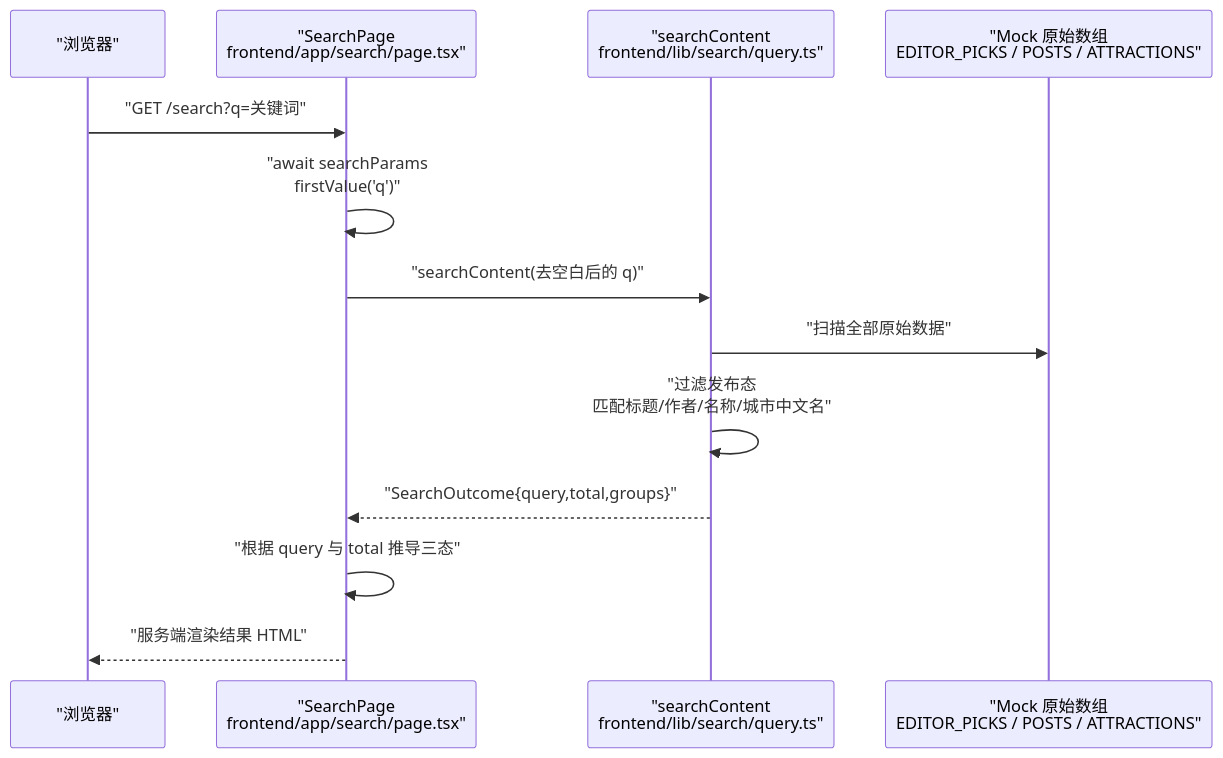
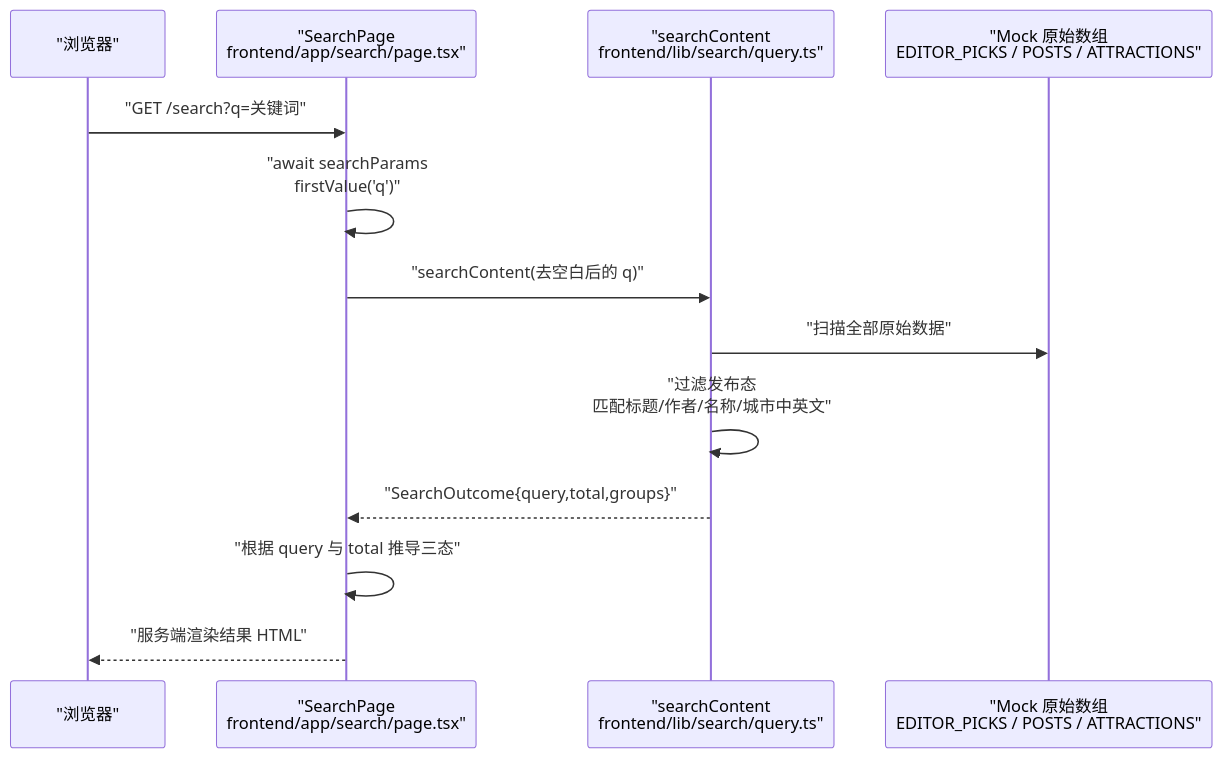
The second of 7 diagrams in .qoder/repowiki/zh/content/规格驱动开发/WanderChain 首页规格文档/WanderChain 搜索页面规格.md (luyitiger6/my-first-project), drawn with Mermaid before and after one commit. The commit also changed other lines of this file and 33 other files, not shown here.

````diff
--- a/.qoder/repowiki/zh/content/规格驱动开发/WanderChain 首页规格文档/WanderChain 搜索页面规格.md
+++ b/.qoder/repowiki/zh/content/规格驱动开发/WanderChain 首页规格文档/WanderChain 搜索页面规格.md
@@ -85,15 +92,15 @@
 ```mermaid
 sequenceDiagram
 participant Browser as "浏览器"
 participant Page as "SearchPage<br/>frontend/app/search/page.tsx"
 participant Query as "searchContent<br/>frontend/lib/search/query.ts"
 participant Data as "Mock 原始数组<br/>EDITOR_PICKS / POSTS / ATTRACTIONS"
 Browser->>Page : "GET /search?q=关键词"
 Page->>Page : "await searchParams<br/>firstValue('q')"
 Page->>Query : "searchContent(去空白后的 q)"
 Query->>Data : "扫描全部原始数据"
-Query->>Query : "过滤发布态<br/>匹配标题/作者/名称/城市中文名"
+Query->>Query : "过滤发布态<br/>匹配标题/作者/名称/城市中英文"
 Query-->>Page : "SearchOutcome{query,total,groups}"
 Page->>Page : "根据 query 与 total 推导三态"
 Page-->>Browser : "服务端渲染结果 HTML"
 ```
````
